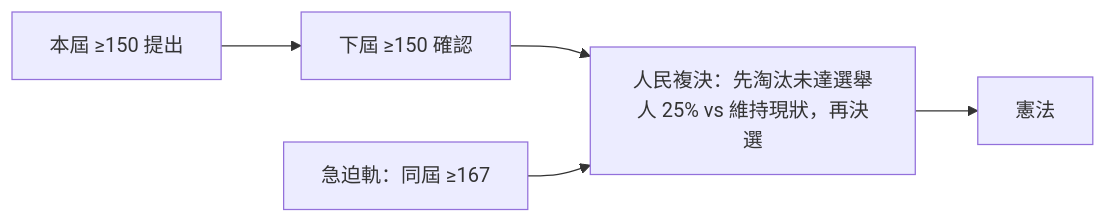
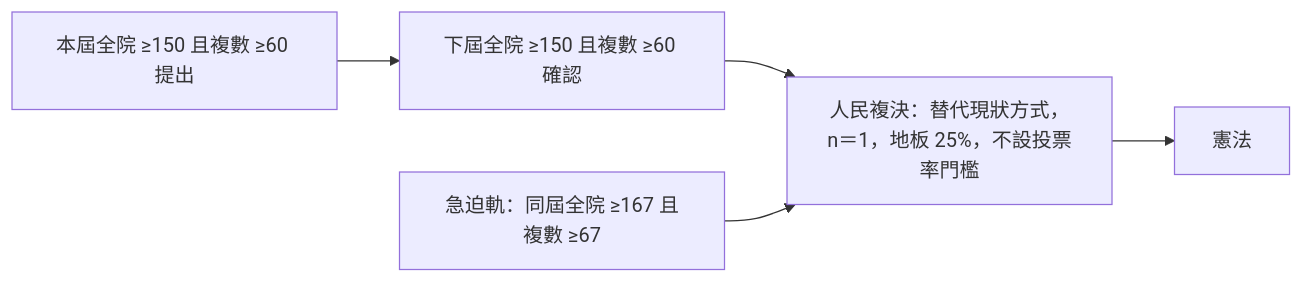
One commit to IRonROOT578/Political-Economy-Research-Public changed the third of 6 diagrams in topics/regime-designs/designs/南韓/一院總統制/憲政架構圖.md. Above: the diagram before and after it, drawn with Mermaid. The commit also changed other lines of this file and 241 other files, not shown here.

````diff
--- a/topics/regime-designs/designs/南韓/一院總統制/憲政架構圖.md
+++ b/topics/regime-designs/designs/南韓/一院總統制/憲政架構圖.md
@@ -33,7 +36,7 @@
 ```mermaid
 flowchart LR
-  P1[本屆 ≥150 提出] --> P2[下屆 ≥150 確認]
-  P2 --> P3[人民複決：先淘汰未達選舉人 25% vs 維持現狀，再決選]
+  P1[本屆全院 ≥150 且複數 ≥60 提出] --> P2[下屆全院 ≥150 且複數 ≥60 確認]
+  P2 --> P3[人民複決：替代現狀方式，n＝1，地板 25%，不設投票率門檻]
   P3 --> Const[憲法]
-  U1[急迫軌：同屆 ≥167] --> P3
+  U1[急迫軌：同屆全院 ≥167 且複數 ≥67] --> P3
 ```
````
